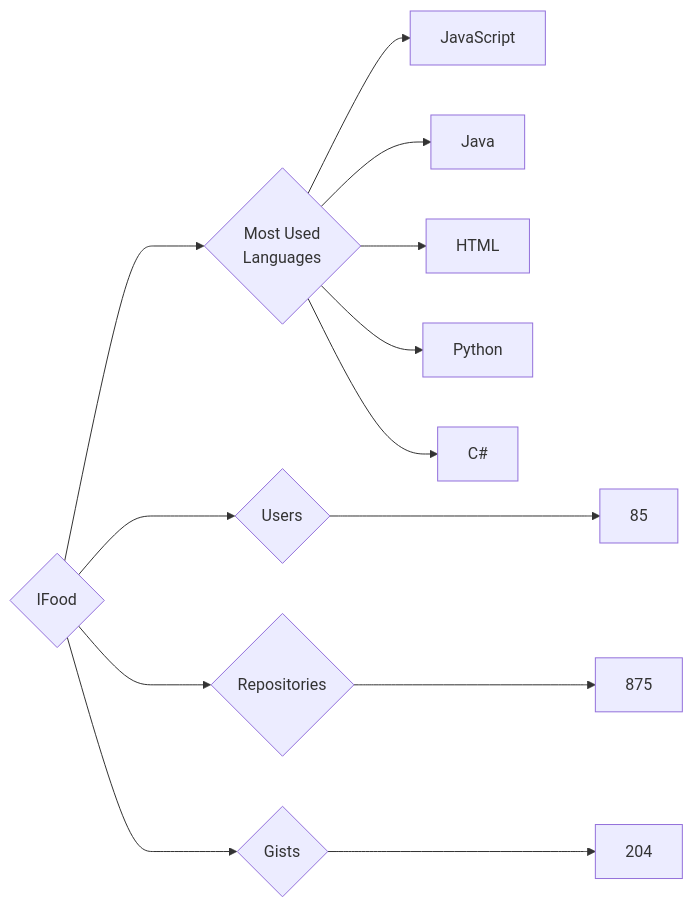
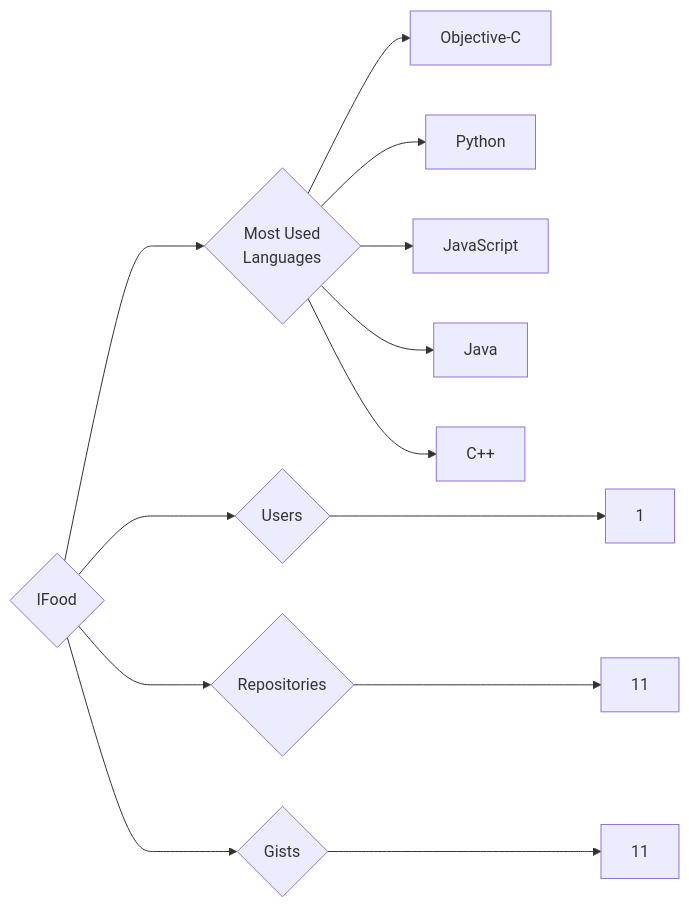
One commit to trickest/insiders changed the diagram in targets/IFood/README.md. Above: the diagram before and after it, drawn with Mermaid. The commit also changed 633 other files, not shown here.

````diff
--- a/targets/IFood/README.md
+++ b/targets/IFood/README.md
@@ -3,13 +3,13 @@
 ```mermaid
 graph LR
 COMPANY_NAME{IFood}
-COMPANY_NAME ---> U{Users} ---> UN[85]
-COMPANY_NAME ---> R{Repositories} ---> RN[875]
-COMPANY_NAME ---> G{Gists} ---> GN[204]
+COMPANY_NAME ---> U{Users} ---> UN[1]
+COMPANY_NAME ---> R{Repositories} ---> RN[11]
+COMPANY_NAME ---> G{Gists} ---> GN[11]
 COMPANY_NAME ---> ML{Most Used<br>Languages}
+ML --> Objective-C[Objective-C]
+ML --> Python[Python]
 ML --> JavaScript[JavaScript]
 ML --> Java[Java]
-ML --> HTML[HTML]
-ML --> Python[Python]
-ML --> C#[C#]
+ML --> C++[C++]
 ```
````
